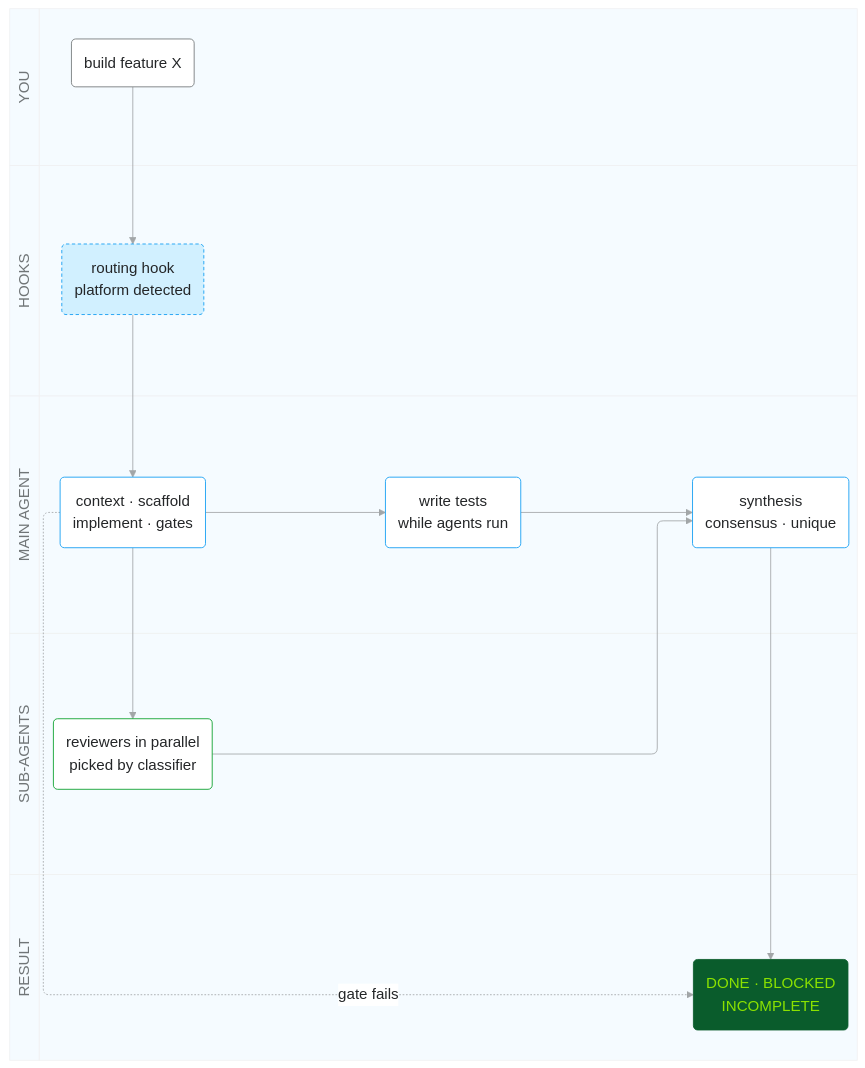
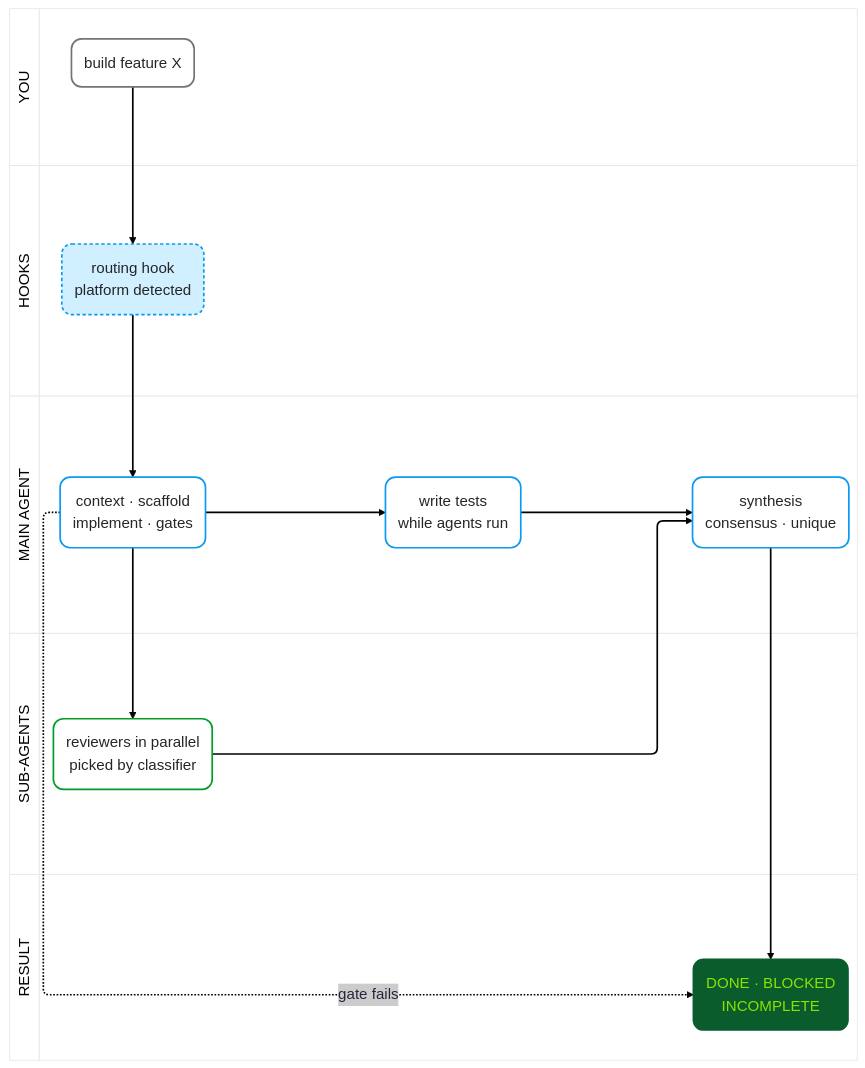
Before and after one commit to raditia/CraftKit: the sixth of 17 diagrams in README.md, drawn with Mermaid. The commit also changed other lines of this file, not shown here.

````diff
--- a/README.md
+++ b/README.md
@@ -556,57 +546,48 @@
 ```mermaid
 ---
 config:
-  theme: base
-  look: classic
+  theme: redux-color
   fontFamily: "-apple-system, BlinkMacSystemFont, Segoe UI, Helvetica, Arial, sans-serif"
   themeVariables:
     fontFamily: "-apple-system, BlinkMacSystemFont, Segoe UI, Helvetica, Arial, sans-serif"
     fontSize: 18px
-    primaryColor: "#FFFFFF"
-    primaryBorderColor: "#C1C4C6"
-    primaryTextColor: "#242628"
-    lineColor: "#A2A6A8"
-    clusterBkg: "#F5FBFF"
-    clusterBorder: "#F0F1F2"
-    titleColor: "#707577"
-    edgeLabelBackground: "#FFFFFF"
   flowchart:
     wrappingWidth: 260
 ---
 swimlane-beta LR
     subgraph you["YOU"]
         ask("build feature X")
     end
     subgraph hooks["HOOKS"]
         route("routing hook<br/>platform detected")
     end
     subgraph main["MAIN AGENT"]
         impl("context · scaffold<br/>implement · gates")
         tst("write tests<br/>while agents run")
         syn("synthesis<br/>consensus · unique")
     end
     subgraph subs["SUB-AGENTS"]
         rev("reviewers in parallel<br/>picked by classifier")
     end
     subgraph result["RESULT"]
         done("DONE · BLOCKED<br/>INCOMPLETE")
     end
     ask --> route --> impl
     impl --> rev
     impl --> tst
     rev --> syn
     tst --> syn
     syn --> done
     impl -.->|gate fails| done
 
     classDef you fill:#FFFFFF,stroke:#707577,color:#242628
     classDef hook fill:#D1F0FF,stroke:#0A9AF2,color:#242628,stroke-dasharray:4 3
     classDef main fill:#FFFFFF,stroke:#0A9AF2,color:#242628
     classDef sub fill:#FFFFFF,stroke:#029D24,color:#242628
     classDef verdict fill:#0A5C2C,stroke:#0A5C2C,color:#8BE200
     class ask you
     class route hook
     class impl,tst,syn main
     class rev sub
     class done verdict
 ```
````
